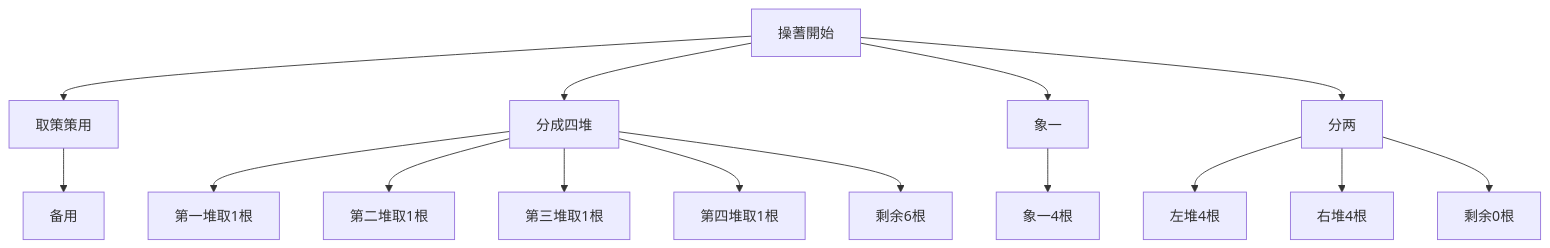
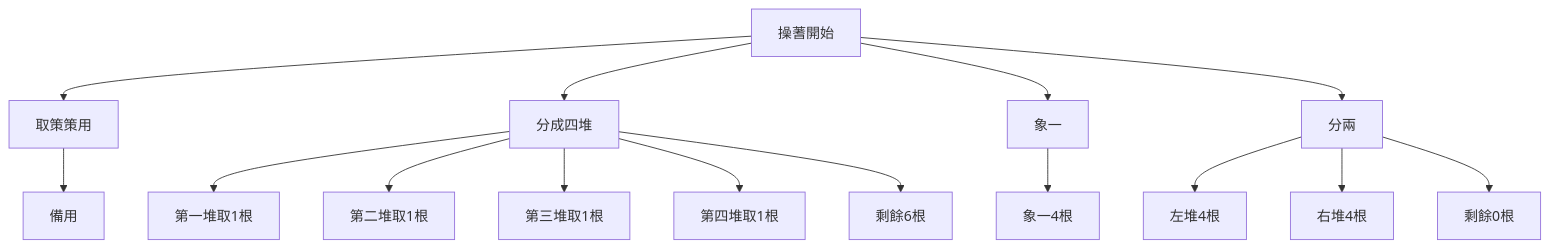
Before and after one commit to kmjade/knowledge-value: the fifth of 5 diagrams in 3 Resources/04-Interests/易学/03-占卜方法/蓍草占卜法.md, drawn with Mermaid. The commit also changed other lines of this file and 49 other files, not shown here.

````diff
--- a/3 Resources/04-Interests/易学/03-占卜方法/蓍草占卜法.md
+++ b/3 Resources/04-Interests/易学/03-占卜方法/蓍草占卜法.md
@@ -195,20 +195,20 @@
 ```mermaid
 graph TB
     A[操蓍開始] --> B[取策策用]
     A --> C[分成四堆]
     A --> D[象一]
-    A --> E[分两]
+    A --> E[分兩]
     
-    B --> F[备用]
+    B --> F[備用]
     C --> G[第一堆取1根]
     C --> H[第二堆取1根]
     C --> I[第三堆取1根]
     C --> J[第四堆取1根]
-    C --> K[剩余6根]
+    C --> K[剩餘6根]
     
     D --> L[象一4根]
     
     E --> M[左堆4根]
     E --> N[右堆4根]
-    E --> O[剩余0根]
+    E --> O[剩餘0根]
 ```
````
